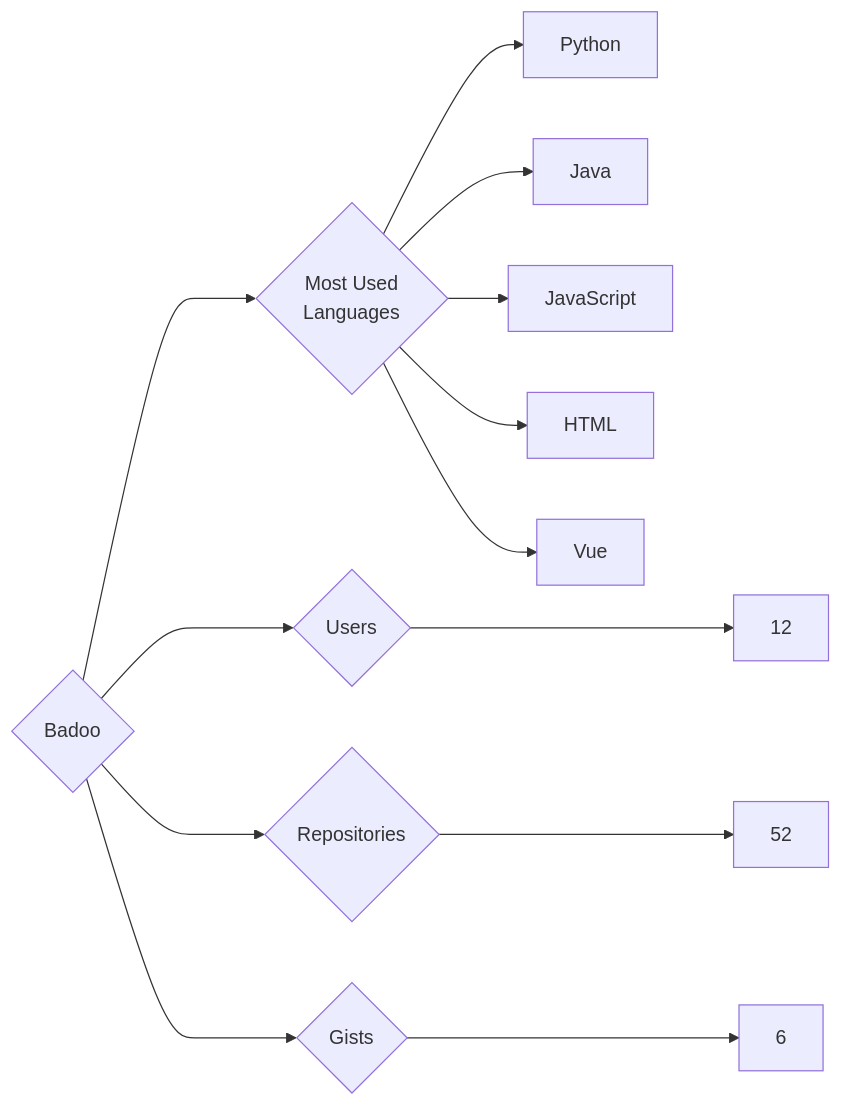
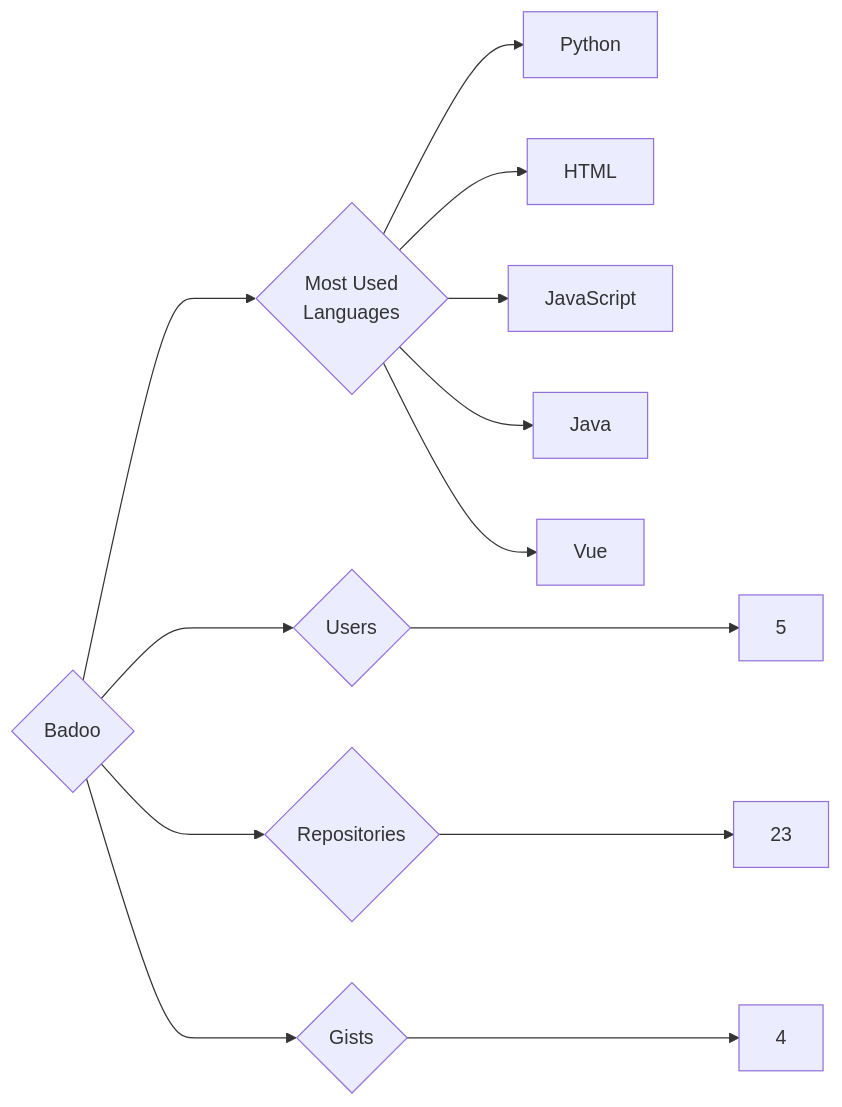
One commit to trickest/insiders changed the diagram in targets/Badoo/README.md. Above: the diagram before and after it, drawn with Mermaid. The commit also changed 1120 other files, not shown here.

````diff
--- a/targets/Badoo/README.md
+++ b/targets/Badoo/README.md
@@ -3,13 +3,13 @@
 ```mermaid
 graph LR
 COMPANY_NAME{Badoo}
-COMPANY_NAME ---> U{Users} ---> UN[12]
-COMPANY_NAME ---> R{Repositories} ---> RN[52]
-COMPANY_NAME ---> G{Gists} ---> GN[6]
+COMPANY_NAME ---> U{Users} ---> UN[5]
+COMPANY_NAME ---> R{Repositories} ---> RN[23]
+COMPANY_NAME ---> G{Gists} ---> GN[4]
 COMPANY_NAME ---> ML{Most Used<br>Languages}
 ML --> Python[Python]
+ML --> HTML[HTML]
+ML --> JavaScript[JavaScript]
 ML --> Java[Java]
-ML --> JavaScript[JavaScript]
-ML --> HTML[HTML]
 ML --> Vue[Vue]
 ```
````
